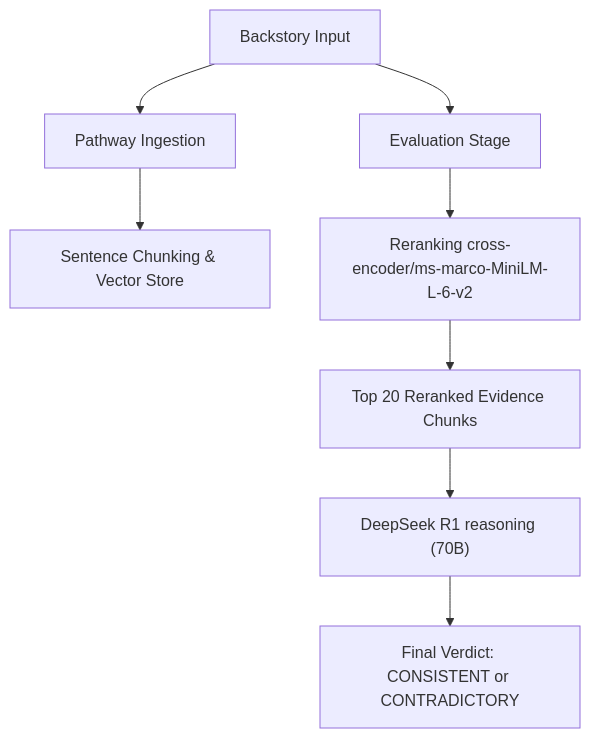
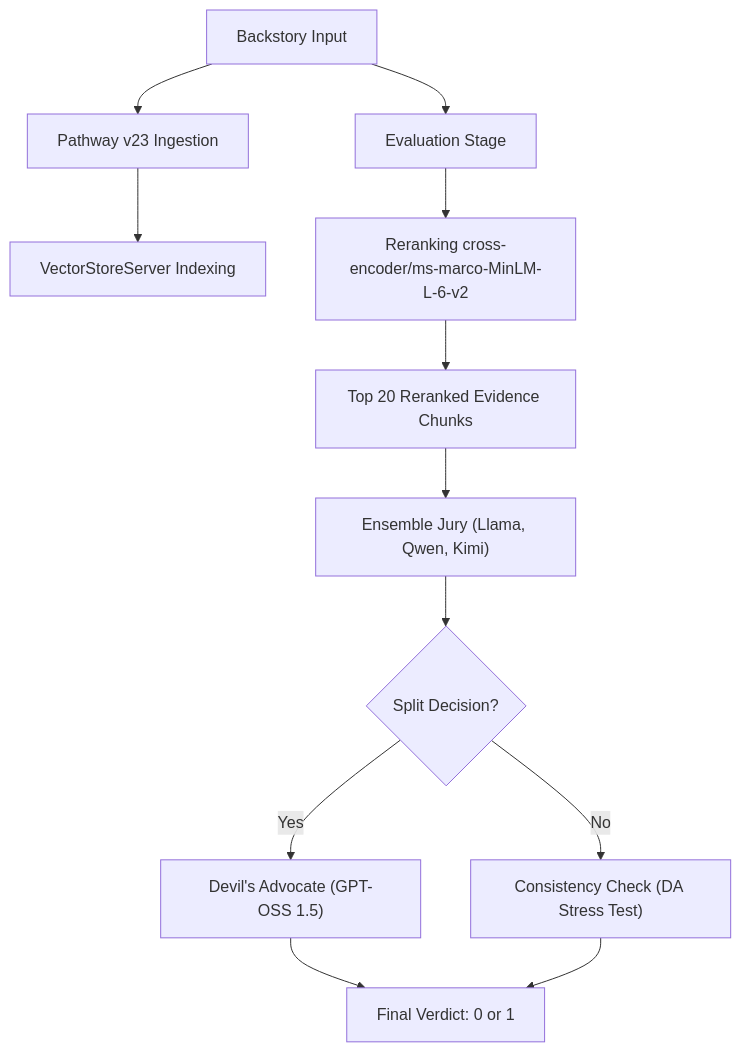
The diagram in DOCS/ARCHITECTURE.md (ArindamTripathi619/epochzero_KDSH_2026), drawn with Mermaid before and after one commit. The commit also changed other lines of this file and 2 other files, not shown here.

````diff
--- a/DOCS/ARCHITECTURE.md
+++ b/DOCS/ARCHITECTURE.md
@@ -7,12 +7,16 @@
 ```mermaid
 graph TD
-    A[Backstory Input] --> B[Pathway Ingestion]
-    B --> C[Sentence Chunking & Vector Store]
+    A[Backstory Input] --> B[Pathway v23 Ingestion]
+    B --> C[VectorStoreServer Indexing]
     
     A --> D[Evaluation Stage]
-    D --> E["Reranking cross-encoder/ms-marco-MiniLM-L-6-v2"]
+    D --> E["Reranking cross-encoder/ms-marco-MinLM-L-6-v2"]
     E --> F["Top 20 Reranked Evidence Chunks"]
     
-    F --> G["DeepSeek R1 reasoning (70B)"]
-    G --> H["Final Verdict: CONSISTENT or CONTRADICTORY"]
+    F --> G["Ensemble Jury (Llama, Qwen, Kimi)"]
+    G --> H{Split Decision?}
+    H -- Yes --> I["Devil's Advocate (GPT-OSS 1.5)"]
+    H -- No --> J["Consistency Check (DA Stress Test)"]
+    I --> K[Final Verdict: 0 or 1]
+    J --> K
 ```
````
